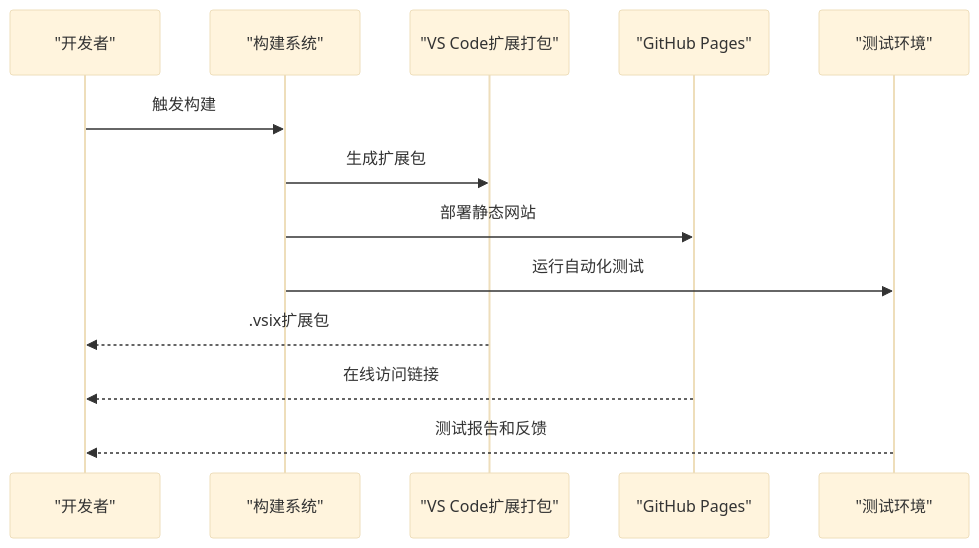
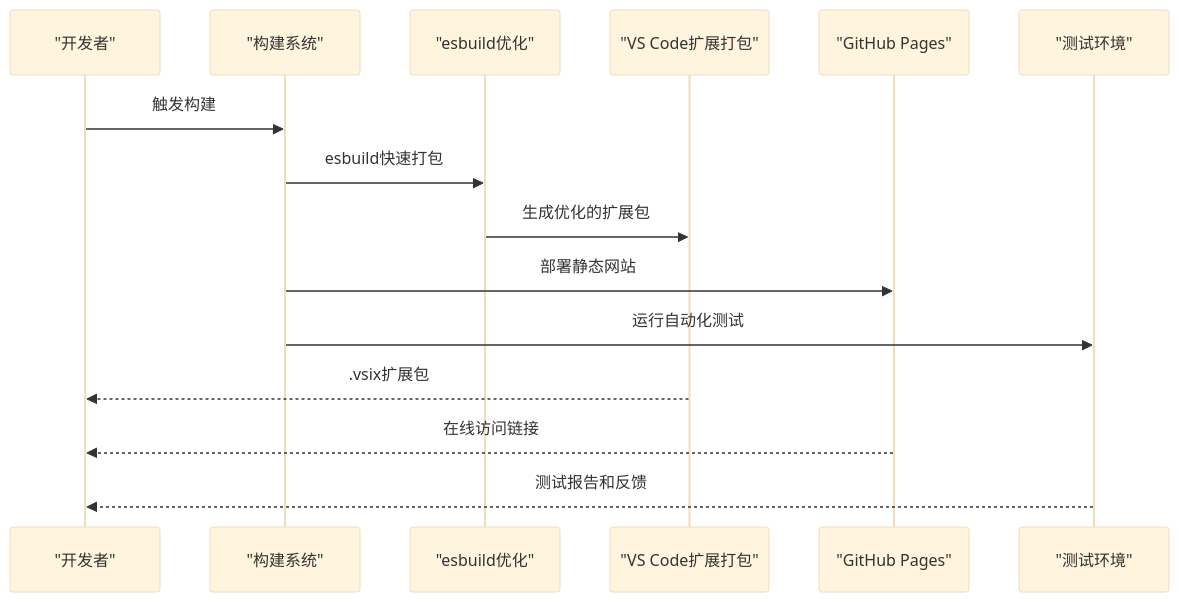
Before and after one commit to meiok1/wysjson: the second of 6 diagrams in .qoder/repowiki/zh/content/开发者指南/构建和部署.md, drawn with Mermaid (base theme). The commit also changed other lines of this file and 9 other files, not shown here.

````diff
--- a/.qoder/repowiki/zh/content/开发者指南/构建和部署.md
+++ b/.qoder/repowiki/zh/content/开发者指南/构建和部署.md
@@ -127,15 +131,17 @@
 ```mermaid
 sequenceDiagram
 participant Dev as "开发者"
 participant Build as "构建系统"
+participant ESBuild as "esbuild优化"
 participant VSCE as "VS Code扩展打包"
 participant GH as "GitHub Pages"
 participant Test as "测试环境"
 Dev->>Build : 触发构建
-Build->>VSCE : 生成扩展包
+Build->>ESBuild : esbuild快速打包
+ESBuild->>VSCE : 生成优化的扩展包
 Build->>GH : 部署静态网站
 Build->>Test : 运行自动化测试
 VSCE-->>Dev : .vsix扩展包
 GH-->>Dev : 在线访问链接
 Test-->>Dev : 测试报告和反馈
 ```
````
